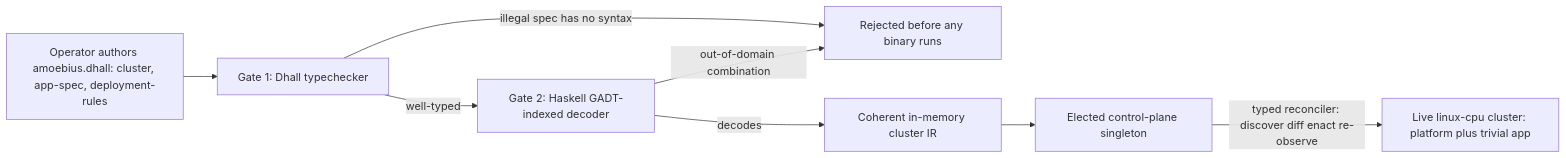
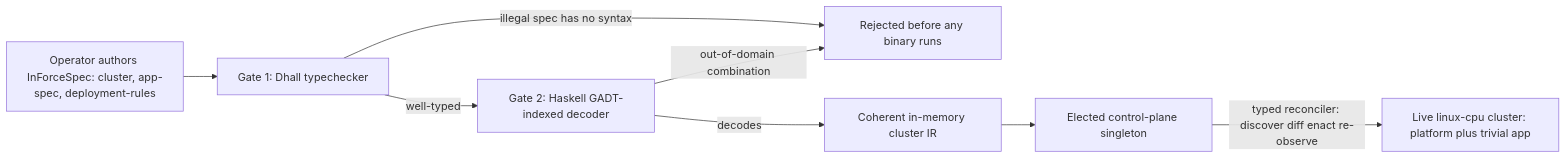
The diagram in DEVELOPMENT_PLAN/phase_03_dsl_control_plane_singleton.md (Tuee22/amoebius), drawn with Mermaid before and after one commit. The commit also changed other lines of this file and 37 other files, not shown here.

````diff
--- a/DEVELOPMENT_PLAN/phase_03_dsl_control_plane_singleton.md
+++ b/DEVELOPMENT_PLAN/phase_03_dsl_control_plane_singleton.md
@@ -44,10 +44,10 @@
 ```mermaid
 flowchart LR
-  author[Operator authors amoebius.dhall: cluster, app-spec, deployment-rules] --> gate1[Gate 1: Dhall typechecker]
+  author[Operator authors InForceSpec: cluster, app-spec, deployment-rules] --> gate1[Gate 1: Dhall typechecker]
   gate1 -->|well-typed| gate2[Gate 2: Haskell GADT-indexed decoder]
   gate1 -->|illegal spec has no syntax| reject[Rejected before any binary runs]
   gate2 -->|decodes| ir[Coherent in-memory cluster IR]
   gate2 -->|out-of-domain combination| reject
   ir --> singleton[Elected control-plane singleton]
   singleton -->|typed reconciler: discover diff enact re-observe| cluster[Live linux-cpu cluster: platform plus trivial app]
 ```
````
